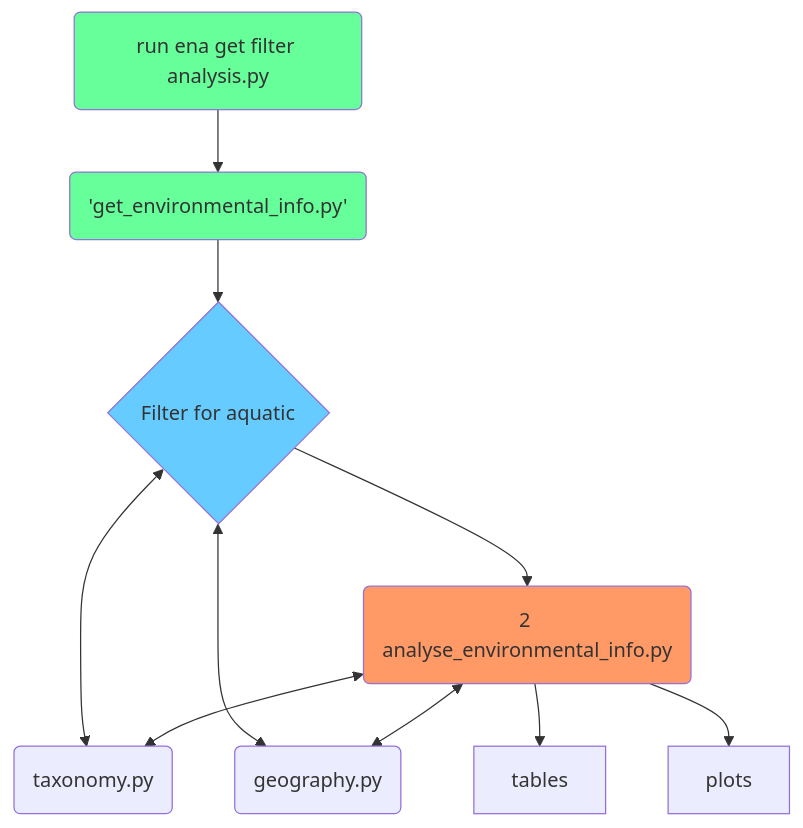
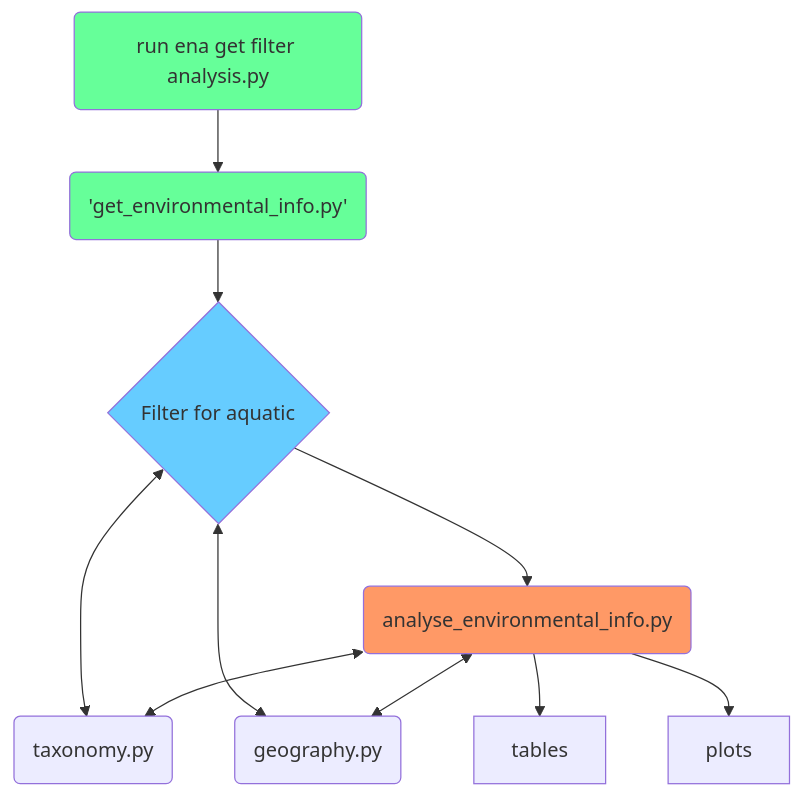
One commit to eDNAqua-Plan-project/wp2 changed the second of 2 diagrams in docs/T2.2_README.md. Above: the diagram before and after it, drawn with Mermaid.

````diff
--- a/docs/T2.2_README.md
+++ b/docs/T2.2_README.md
@@ -70,18 +70,18 @@
 ```mermaid
 flowchart TD
 
       overall("`run ena get filter analysis.py`"):::startclass-->get('get_environmental_info.py'):::startclass
       Filter<-->tax("taxonomy.py")
       Filter<-->geog("geography.py")
       get-->Filter{Filter for aquatic}:::aquaticclass
-      Filter-->analyse("2 analyse_environmental_info.py"):::decisionclass
+      Filter-->analyse("analyse_environmental_info.py"):::decisionclass
       analyse<-->tax
       analyse<-->geog
       analyse-->tables["tables"]
       analyse-->plots["plots"]
 
       classDef startclass fill:#66ff99
       classDef decisionclass fill:#f96
       classDef aquaticclass fill:#66ccff
 
 ```
````
